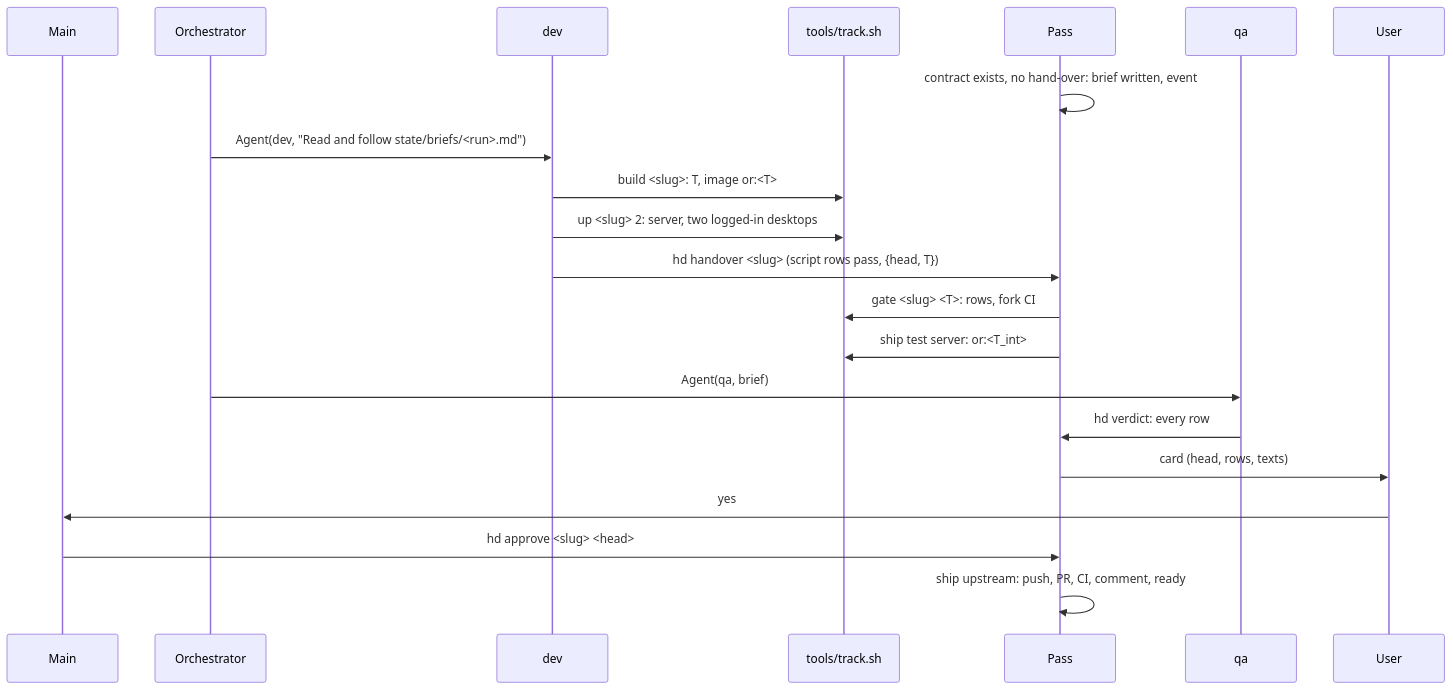
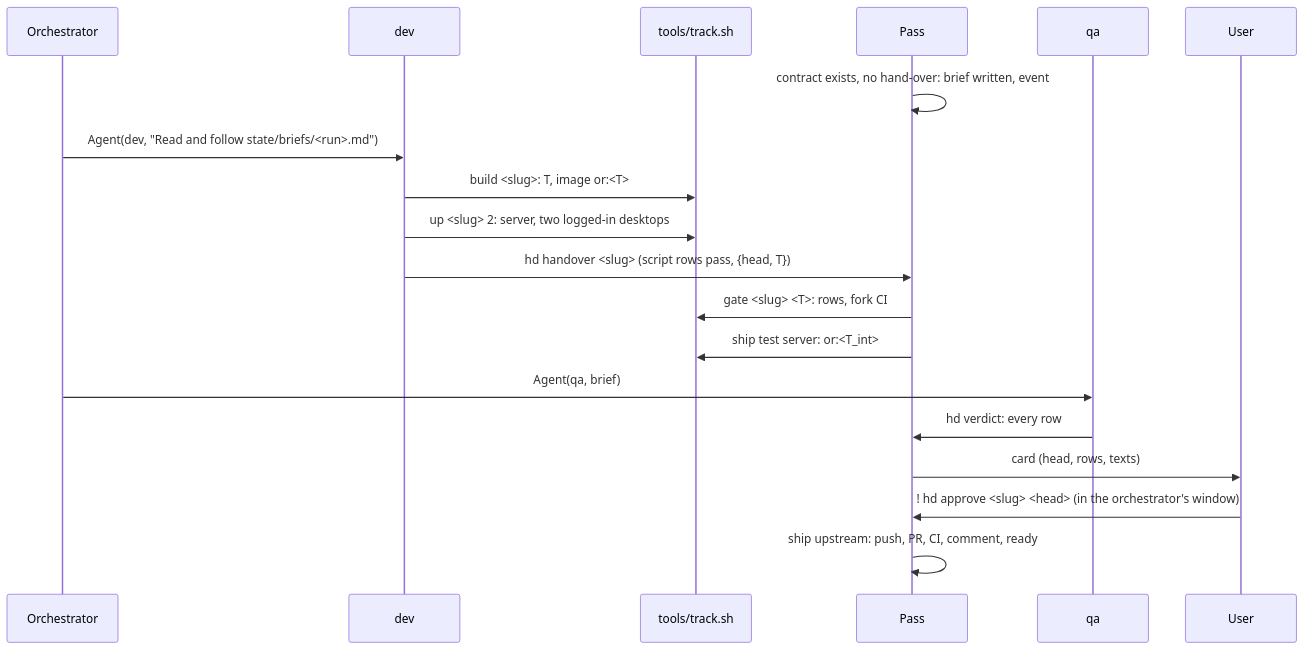
The diagram in docs/ARCHITECTURE.md (AlexPerrin/RuneHarness), drawn with Mermaid before and after one commit. The commit also changed other lines of this file and 10 other files, not shown here.

Commit message:
harness: the user chats with the orchestrator; skill head and main's relay are removed

````diff
--- a/docs/ARCHITECTURE.md
+++ b/docs/ARCHITECTURE.md
@@ -167,23 +163,21 @@
 ```mermaid
 sequenceDiagram
-  participant M as Main
   participant O as Orchestrator
   participant D as dev
   participant S as tools/track.sh
   participant P as Pass
   participant Q as qa
   participant U as User
   P->>P: contract exists, no hand-over: brief written, event
   O->>D: Agent(dev, "Read and follow state/briefs/<run>.md")
   D->>S: build <slug>: T, image or:<T>
   D->>S: up <slug> 2: server, two logged-in desktops
   D->>P: hd handover <slug> (script rows pass, {head, T})
   P->>S: gate <slug> <T>: rows, fork CI
   P->>S: ship test server: or:<T_int>
   O->>Q: Agent(qa, brief)
   Q->>P: hd verdict: every row
   P->>U: card (head, rows, texts)
-  U->>M: yes
-  M->>P: hd approve <slug> <head>
+  U->>P: ! hd approve <slug> <head> (in the orchestrator's window)
   P->>P: ship upstream: push, PR, CI, comment, ready
 ```
````
